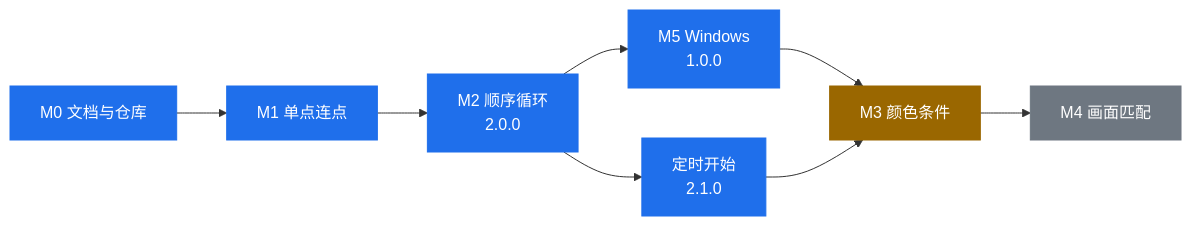
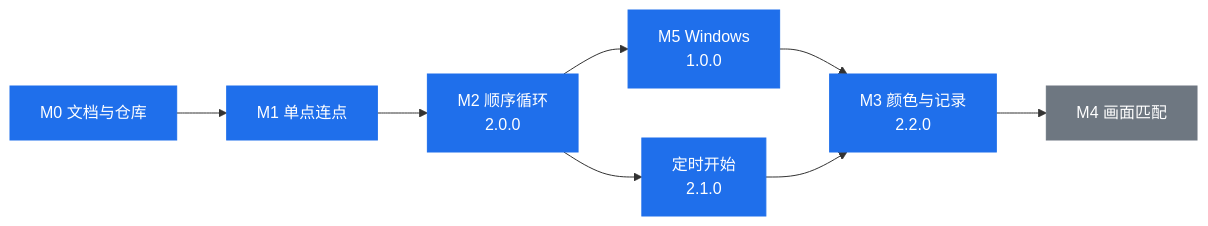
The third of 4 diagrams in README.md (Armstrong2015/floatap), drawn with Mermaid before and after one commit. The commit also changed other lines of this file and 20 other files, not shown here.

````diff
--- a/README.md
+++ b/README.md
@@ -73,17 +74,16 @@
 ```mermaid
 flowchart LR
   M0["M0 文档与仓库"] --> M1["M1 单点连点"]
   M1 --> M2["M2 顺序循环<br/>2.0.0"]
   M2 --> M5["M5 Windows<br/>1.0.0"]
   M2 --> M2b["定时开始<br/>2.1.0"]
   M5 --> M3["M3 颜色条件"]
-  M2b --> M3
+  M2b --> M3["M3 颜色与记录<br/>2.2.0"]
   M3 --> M4["M4 画面匹配"]
 
   classDef done fill:#1f6feb,stroke:#1f6feb,color:#ffffff
   classDef next fill:#9a6700,stroke:#9a6700,color:#ffffff
   classDef later fill:#6e7781,stroke:#6e7781,color:#ffffff
-  class M0,M1,M2,M2b,M5 done
-  class M3 next
+  class M0,M1,M2,M2b,M3,M5 done
   class M4 later
 ```
````
